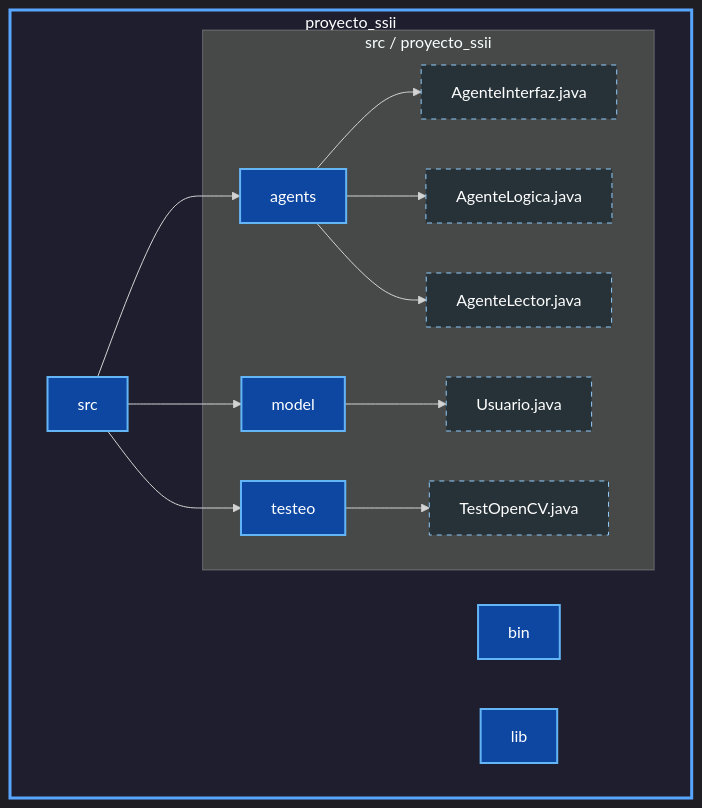
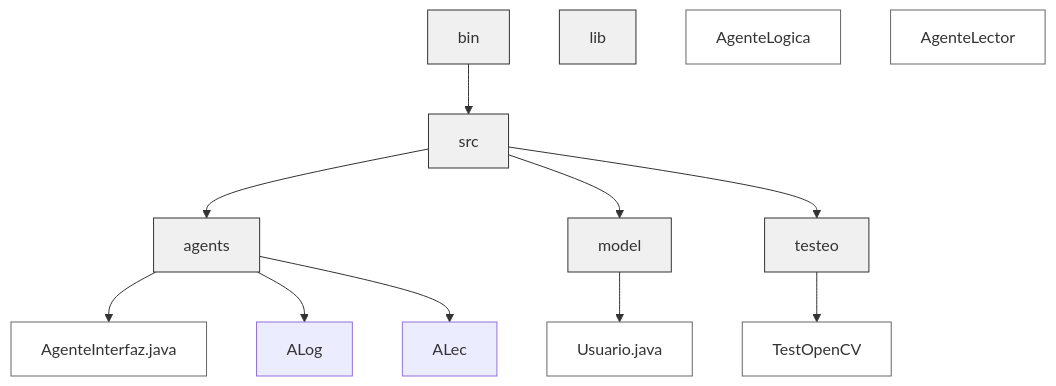
Before and after one commit to ivanadd/ssii-proyecto-upm: the diagram in README.md, drawn with Mermaid.

Commit message:
[README] Diagrama actualizado

````diff
--- a/README.md
+++ b/README.md
@@ -50,41 +50,34 @@
 ```mermaid
-%%{init: {'theme':'dark'}}%%
+graph TD
+    %% Definición de estilos para los nodos
+    classDef folder fill:#f0f0f0,stroke:#333,stroke-width:1px;
+    classDef file fill:#fff,stroke:#666,stroke-width:1px;
 
-graph TD
-    %% Estilos
-    classDef main fill:#1e1e2f,stroke:#58a6ff,stroke-width:3px,color:#ffffff;
-    classDef folder fill:#0d47a1,stroke:#64b5f6,stroke-width:2px,color:#ffffff;
-    classDef file fill:#263238,stroke:#90caf9,stroke-width:1px,color:#ffffff,stroke-dasharray: 5 5;
+    %% Nodos principales (Carpetas)
+    bin[bin]:::folder
+    lib[lib]:::folder
+    src[src]:::folder
+    agents[agents]:::folder
+    model[model]:::folder
+    testeo[testeo]:::folder
 
-    subgraph root [proyecto_ssii]
-        bin[bin]:::folder
-        lib[lib]:::folder
-        src[src]:::folder
-        
-        subgraph src_content [src / proyecto_ssii]
-            agents[agents]:::folder
-            model[model]:::folder
-            testeo[testeo]:::folder
-            
-            AI[AgenteInterfaz.java]:::file
-            AL[AgenteLogica.java]:::file
-            AR[AgenteLector.java]:::file
-            U[Usuario.java]:::file
-            TO[TestOpenCV.java]:::file
-        end
-    end
+    %% Nodos específicos (Archivos)
+    AI[AgenteInterfaz.java]:::file
+    AL[AgenteLogica]:::file
+    AR[AgenteLector]:::file
+    U[Usuario.java]:::file
+    TO[TestOpenCV]:::file
 
-    %% Relaciones
+    %% Relaciones de jerarquía
+    bin --> src
     src --> agents
     src --> model
     src --> testeo
 
+    %% Relaciones de archivos
     agents --> AI
-    agents --> AL
-    agents --> AR
+    agents --> ALog
+    agents --> ALec
     model --> U
     testeo --> TO
-
-    %% Clase principal
-    class root main;
 ```
````
